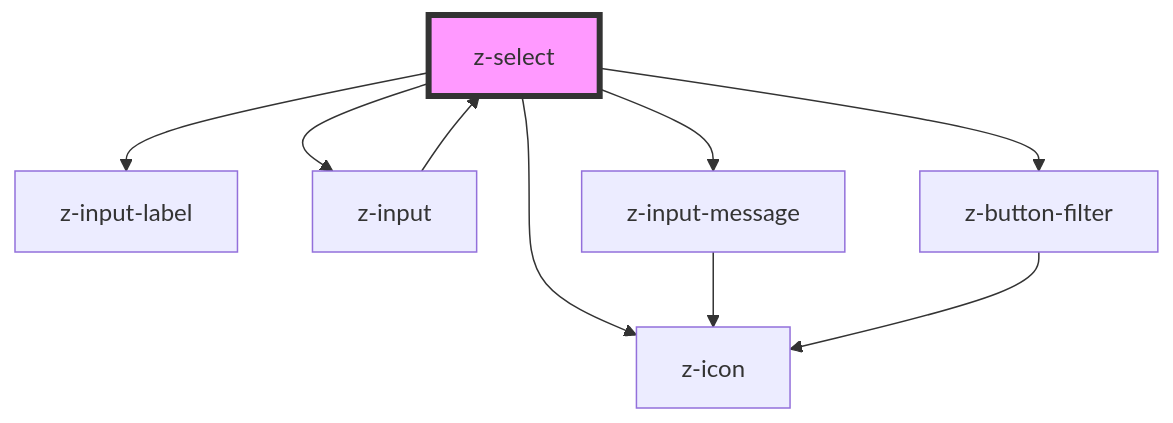
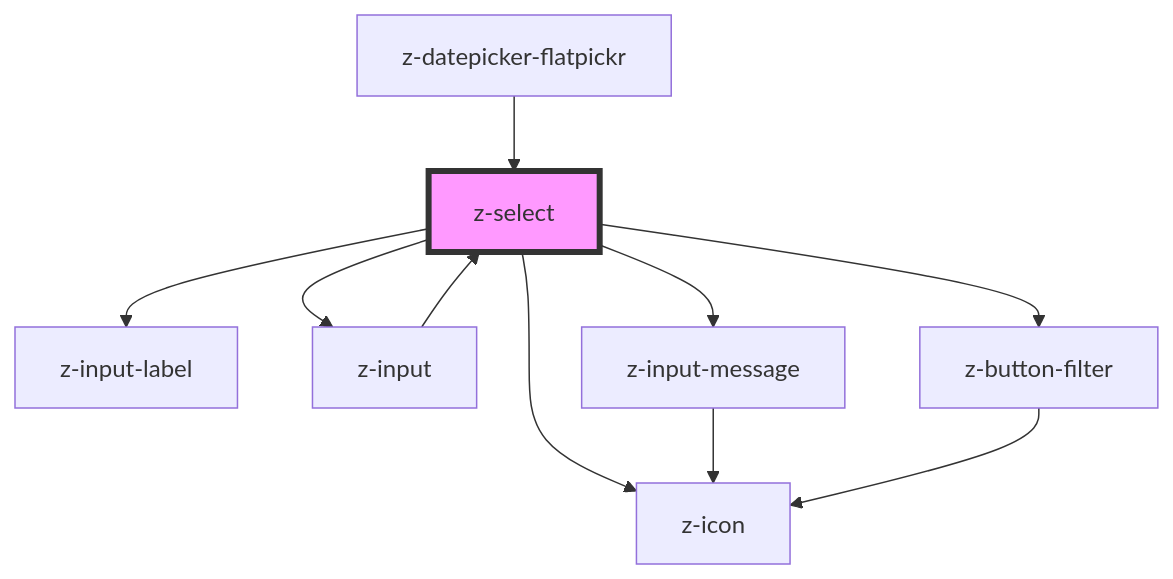
The diagram in src/components/inputs/z-select/readme.md (ZanichelliEditore/design-system), drawn with Mermaid before and after one commit. The commit also changed other lines of this file and 17 other files, not shown here.

````diff
--- a/src/components/inputs/z-select/readme.md
+++ b/src/components/inputs/z-select/readme.md
@@ -84,12 +85,13 @@
 ```mermaid
 graph TD;
   z-select --> z-input-label
   z-select --> z-input
   z-select --> z-button-filter
   z-select --> z-icon
   z-select --> z-input-message
   z-input --> z-select
   z-input-message --> z-icon
   z-button-filter --> z-icon
+  z-datepicker-flatpickr --> z-select
   style z-select fill:#f9f,stroke:#333,stroke-width:4px
 ```
````
